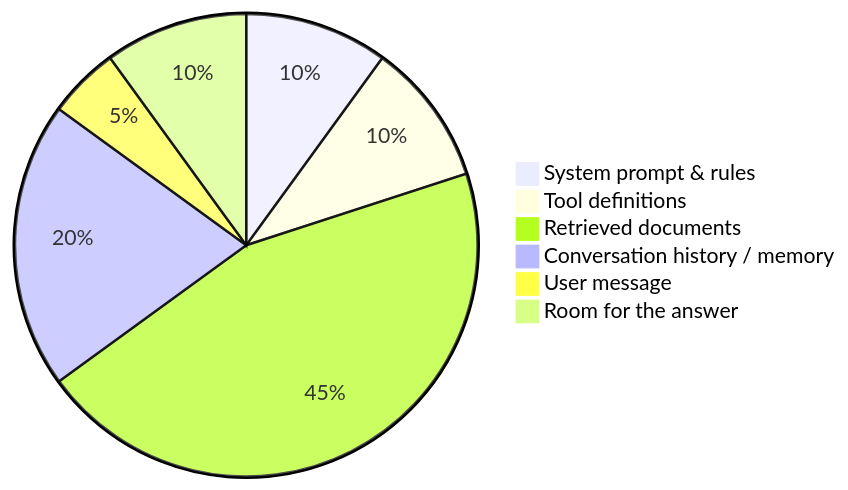
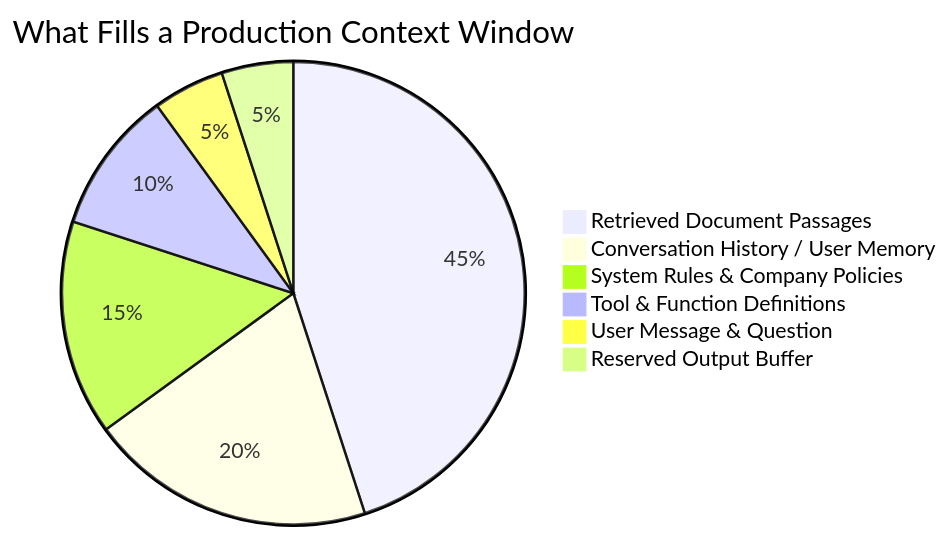
Before and after one commit to ABVicky/Prompt-Engineering-by-Vicky: the diagram in modules/09-context-engineering-rag.md, drawn with Mermaid. The commit also changed other lines of this file and 19 other files, not shown here.

````diff
--- a/modules/09-context-engineering-rag.md
+++ b/modules/09-context-engineering-rag.md
@@ -20,9 +36,10 @@
 ```mermaid
 pie
-    "System prompt & rules" : 10
-    "Tool definitions" : 10
-    "Retrieved documents" : 45
-    "Conversation history / memory" : 20
-    "User message" : 5
-    "Room for the answer" : 10
+    title What Fills a Production Context Window
+    "Retrieved Document Passages" : 45
+    "Conversation History / User Memory" : 20
+    "System Rules & Company Policies" : 15
+    "Tool & Function Definitions" : 10
+    "User Message & Question" : 5
+    "Reserved Output Buffer" : 5
 ```
````
